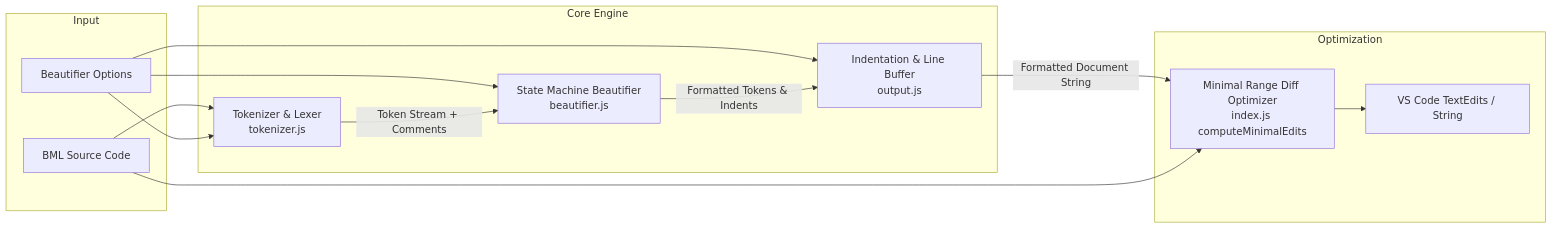
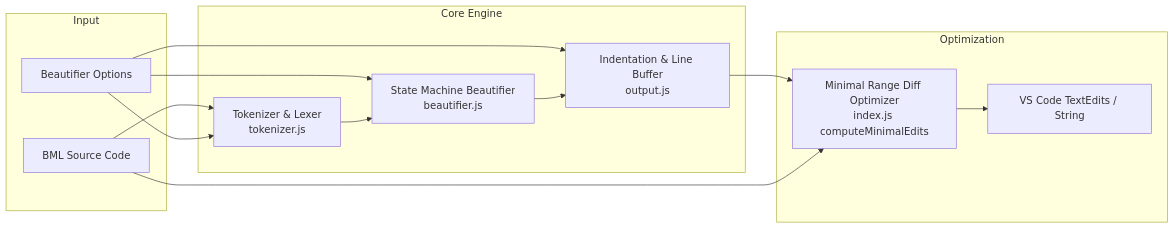
One commit to vikram-vn/cpq-bml changed the first of 8 diagrams in knowledge/BML_Beautifier.md. Above: the diagram before and after it, drawn with Mermaid. The commit also changed other lines of this file, not shown here.

Commit message:
docs: add technical documentation for Oracle CPQ BML Beautifier architecture and control flow graphs

````diff
--- a/knowledge/BML_Beautifier.md
+++ b/knowledge/BML_Beautifier.md
@@ -20,28 +20,28 @@
 ```mermaid
 graph LR
     subgraph Input
-        SRC[BML Source Code]
-        CFG[Beautifier Options]
+        SRC["BML Source Code"]
+        CFG["Beautifier Options"]
     end
 
     subgraph Core Engine
-        TOK[Tokenizer & Lexer<br/>tokenizer.js]
-        BEAUT[State Machine Beautifier<br/>beautifier.js]
-        OUT[Indentation & Line Buffer<br/>output.js]
+        TOK["Tokenizer & Lexer<br/>tokenizer.js"]
+        BEAUT["State Machine Beautifier<br/>beautifier.js"]
+        OUT["Indentation & Line Buffer<br/>output.js"]
     end
 
     subgraph Optimization
-        DIFF[Minimal Range Diff Optimizer<br/>index.js computeMinimalEdits]
-        RES[VS Code TextEdits / String]
+        DIFF["Minimal Range Diff Optimizer<br/>index.js computeMinimalEdits"]
+        RES["VS Code TextEdits / String"]
     end
 
     SRC --> TOK
     CFG --> TOK
     CFG --> BEAUT
     CFG --> OUT
-    TOK -->|Token Stream + Comments| BEAUT
-    BEAUT -->|Formatted Tokens & Indents| OUT
-    OUT -->|Formatted Document String| DIFF
+    TOK --> BEAUT
+    BEAUT --> OUT
+    OUT --> DIFF
     SRC --> DIFF
     DIFF --> RES
 ```
````
